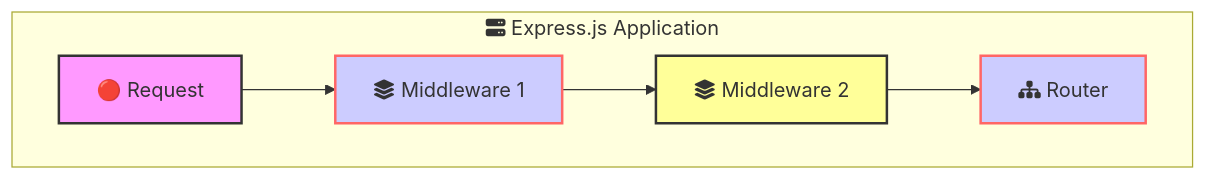
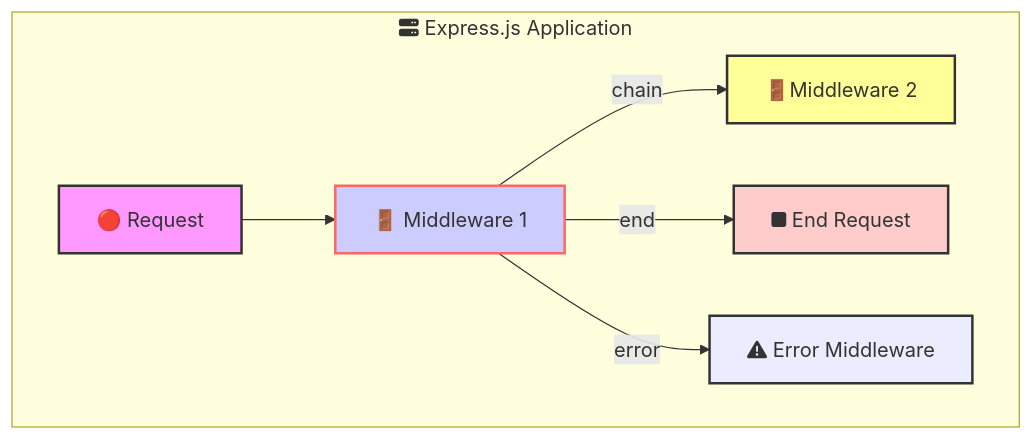
The second of 12 diagrams in _posts/2024-07-15-expressjs-summary.md (kelvin-bz/blog), drawn with Mermaid before and after one commit. The commit also changed other lines of this file, not shown here.

````diff
--- a/_posts/2024-07-15-expressjs-summary.md
+++ b/_posts/2024-07-15-expressjs-summary.md
@@ -60,21 +62,24 @@
 ```mermaid
 graph 
     subgraph expressApp["fa:fa-server Express.js Application"]
             request["🔴 Request"]
-            middleware1["fa:fa-layer-group Middleware 1"]
-            middleware2["fa:fa-layer-group Middleware 2"]
-            router["fa:fa-sitemap Router"]
+            middleware1["🚪 Middleware 1"]
+            middleware2["🚪Middleware 2"]
+            endRequest["fa:fa-stop End Request"]
+            throwError["fa:fa-exclamation-triangle Error Middleware"]
     end
 
-    request --> middleware1 --> middleware2 --> router
+    request --> middleware1
+    middleware1 --> |chain| middleware2
+    middleware1 --> |end| endRequest
+    middleware1 --> |error| throwError
 
     style request fill:#f9f,stroke:#333,stroke-width:2px
     style middleware1 fill:#ccf,stroke:#f66,stroke-width:2px
     style middleware2 fill:#ff9,stroke:#333,stroke-width:2px
-    style router fill:#ccf,stroke:#f66,stroke-width:2px
+    style endRequest fill:#fcc,stroke:#333,stroke-width:2px
+    style throwError stroke:#333,stroke-width:2px
 
-    classDef requestClass fill:#f9f,stroke:#333,stroke-width:2px;
-    classDef middlewareClass fill:#ccf,stroke:#f66,stroke-width:2px;
-    classDef routerClass fill:#ccf,stroke:#f66,stroke-width:2px;
+
   
 ```
````
